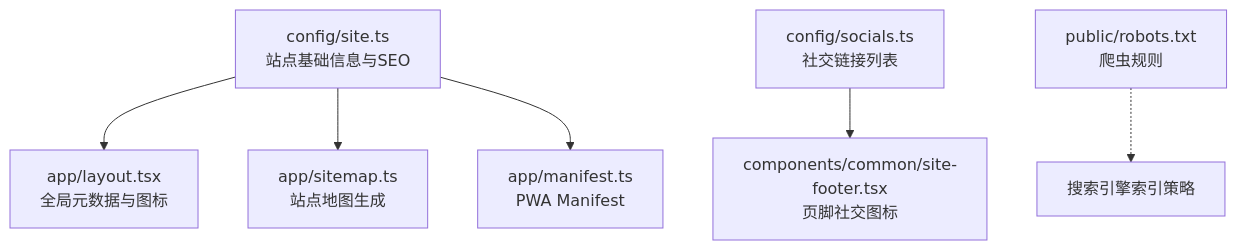
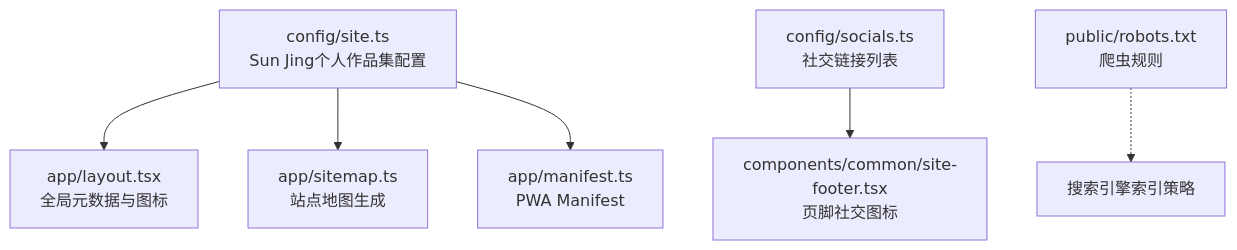
Before and after one commit to florianjsun/next-portfolio: the first of 3 diagrams in .qoder/repowiki/zh/content/配置指南/站点配置.md, drawn with Mermaid. The commit also changed other lines of this file and 10 other files, not shown here.

````diff
--- a/.qoder/repowiki/zh/content/配置指南/站点配置.md
+++ b/.qoder/repowiki/zh/content/配置指南/站点配置.md
@@ -32,8 +41,8 @@
 ```mermaid
 graph TB
-A["config/site.ts<br/>站点基础信息与SEO"] --> B["app/layout.tsx<br/>全局元数据与图标"]
+A["config/site.ts<br/>Sun Jing个人作品集配置"] --> B["app/layout.tsx<br/>全局元数据与图标"]
 A --> C["app/sitemap.ts<br/>站点地图生成"]
 A --> D["app/manifest.ts<br/>PWA Manifest"]
 E["config/socials.ts<br/>社交链接列表"] --> F["components/common/site-footer.tsx<br/>页脚社交图标"]
 G["public/robots.txt<br/>爬虫规则"] -.-> H["搜索引擎索引策略"]
 ```
````
